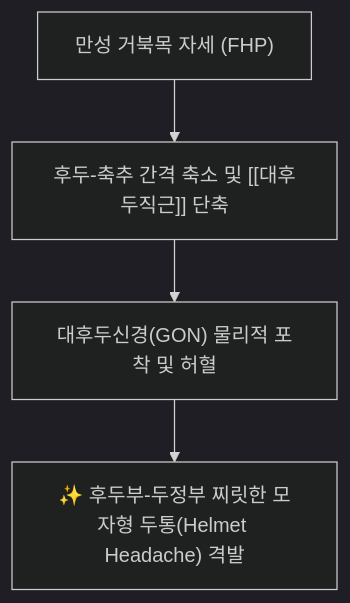
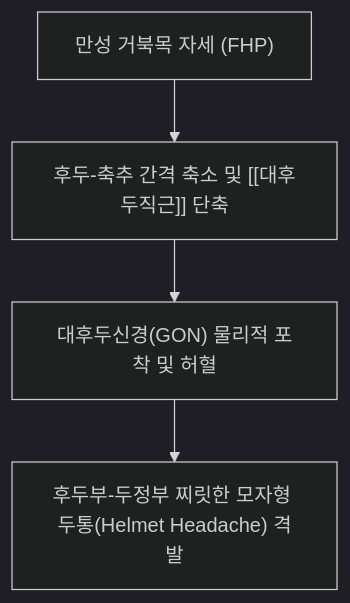
One commit to simbio11/simbio-digital-garden2 changed the first of 2 diagrams in content/1. 근골격계 공부/근육/(2) 경부/대후두직근.md. Above: the diagram before and after it, drawn with Mermaid (dark theme). The commit also changed other lines of this file and 150 other files, not shown here.

````diff
--- a/content/1. 근골격계 공부/근육/(2) 경부/대후두직근.md
+++ b/content/1. 근골격계 공부/근육/(2) 경부/대후두직근.md
@@ -48,6 +56,6 @@
 ```mermaid
-graph TD
+flowchart TD
     FHP["만성 거북목 자세 (FHP)"] --> SuboccipitalCompression["후두-축추 간격 축소 및 [[대후두직근]] 단축"]
     SuboccipitalCompression --> GON_Entrapment["대후두신경(GON) 물리적 포착 및 허혈"]
-    GON_Entrapment --> HelmetHeadache["✨ 후두부-두정부 찌릿한 모자형 두통(Helmet Headache) 격발"]
+    GON_Entrapment --> HelmetHeadache["후두부-두정부 찌릿한 모자형 두통(Helmet Headache) 격발"]
 ```
````
